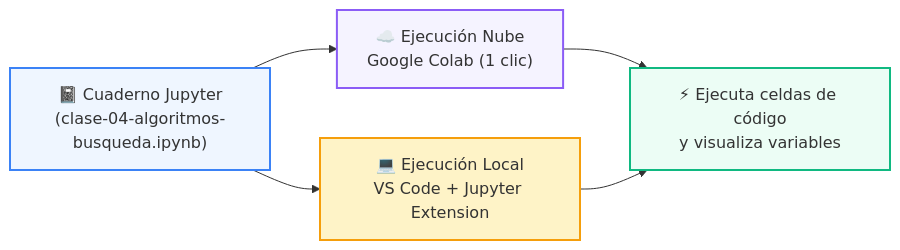
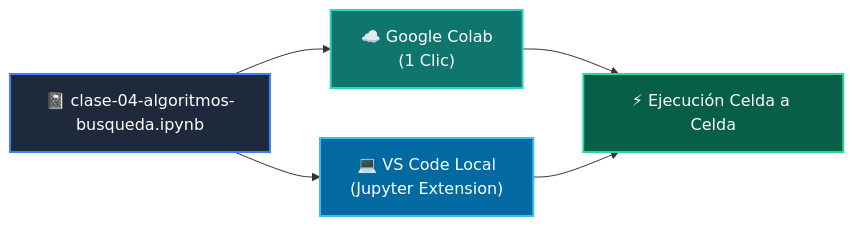
Before and after one commit to wisrovi/wisrovi-python: the diagram in 02-algoritmos-estructuras/clase-04-algoritmos-busqueda/notebook/README.md, drawn with Mermaid. The commit also changed other lines of this file and 271 other files, not shown here.

Commit message:
docs: rewrite all README.md files with bespoke topic-specific Mermaid diagrams and remove repetitive boilerplate

````diff
--- a/02-algoritmos-estructuras/clase-04-algoritmos-busqueda/notebook/README.md
+++ b/02-algoritmos-estructuras/clase-04-algoritmos-busqueda/notebook/README.md
@@ -14,12 +12,12 @@
 ```mermaid
 flowchart LR
-    NB["📓 Cuaderno Jupyter<br/>(clase-04-algoritmos-busqueda.ipynb)"] --> COLAB["☁️ Ejecución Nube<br/>Google Colab (1 clic)"]
-    NB --> LOCAL["💻 Ejecución Local<br/>VS Code + Jupyter Extension"]
-    COLAB --> RUN["⚡ Ejecuta celdas de código<br/>y visualiza variables"]
+    NB["📓 clase-04-algoritmos-busqueda.ipynb"] --> COLAB["☁️ Google Colab<br/>(1 Clic)"]
+    NB --> LOCAL["💻 VS Code Local<br/>(Jupyter Extension)"]
+    COLAB --> RUN["⚡ Ejecución Celda a Celda"]
     LOCAL --> RUN
 
-    style NB fill:#eff6ff,stroke:#3b82f6,stroke-width:2px
-    style COLAB fill:#f5f3ff,stroke:#8b5cf6,stroke-width:2px
-    style LOCAL fill:#fef3c7,stroke:#f59e0b,stroke-width:2px
-    style RUN fill:#ecfdf5,stroke:#10b981,stroke-width:2px
+    style NB fill:#1e293b,color:#fff,stroke:#3b82f6,stroke-width:2px
+    style COLAB fill:#0f766e,color:#fff,stroke:#2dd4bf,stroke-width:2px
+    style LOCAL fill:#0369a1,color:#fff,stroke:#38bdf8,stroke-width:2px
+    style RUN fill:#065f46,color:#fff,stroke:#34d399,stroke-width:2px
 ```
````
